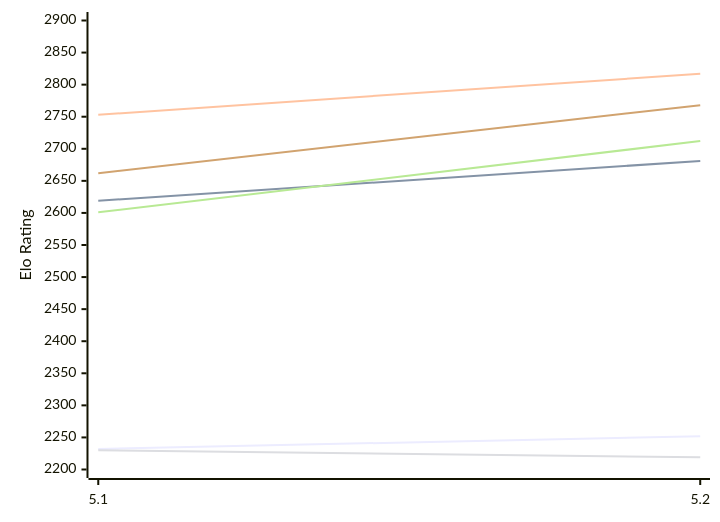
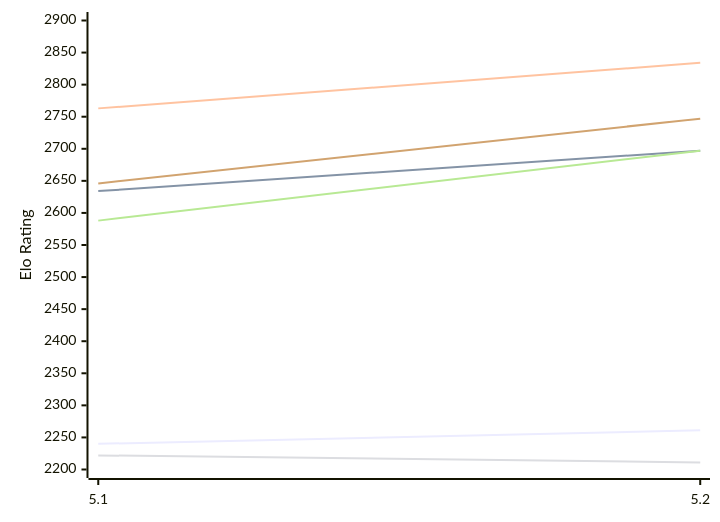
One commit to computer-chess-index/cci changed the first of 2 diagrams in engines/Dorky.md. Above: the diagram before and after it, drawn with Mermaid. The commit also changed other lines of this file, not shown here.

Commit message:
Update CCI Ratings (ELO VLTC) - 2026-11-14

````diff
--- a/engines/Dorky.md
+++ b/engines/Dorky.md
@@ -50,12 +50,12 @@
 ```mermaid
 %%{init: {"theme":"base","themeVariables":{"seriesColors:['#a3a3a3','#222221','#faa371']}}}%%
 xychart-beta
   x-axis ["5.1", "5.2"]
   y-axis "Elo Rating" 2200 --> 2900
-  line "E1: STC (8.0+0.08s)" [2232, 2252]
-  line "E1: LTC (60.0+0.60s)" [2619, 2681]
-  line "E1: VLTC (2m24s+1.12s)" [2753, 2817]
-  line "P1: STC (8.0+0.08s)" [2230, 2219]
-  line "P1: LTC (60.0+0.60s)" [2601, 2712]
-  line "P1: VLTC (2m24s+1.12s)" [2662, 2768]
+  line "E1: STC (8.0+0.08s)" [2240, 2261]
+  line "E1: LTC (60.0+0.60s)" [2634, 2697]
+  line "E1: VLTC (2m24s+1.12s)" [2763, 2834]
+  line "P1: STC (8.0+0.08s)" [2222, 2211]
+  line "P1: LTC (60.0+0.60s)" [2588, 2697]
+  line "P1: VLTC (2m24s+1.12s)" [2646, 2747]
 ```
````
